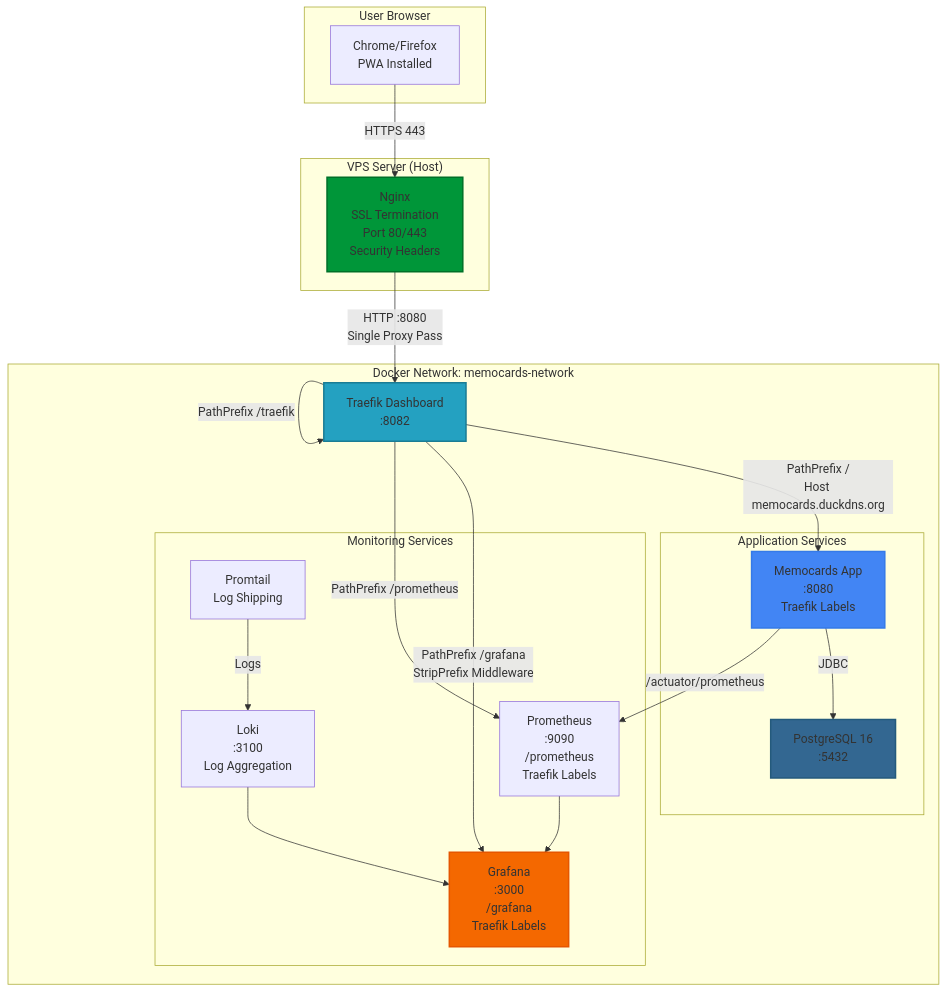
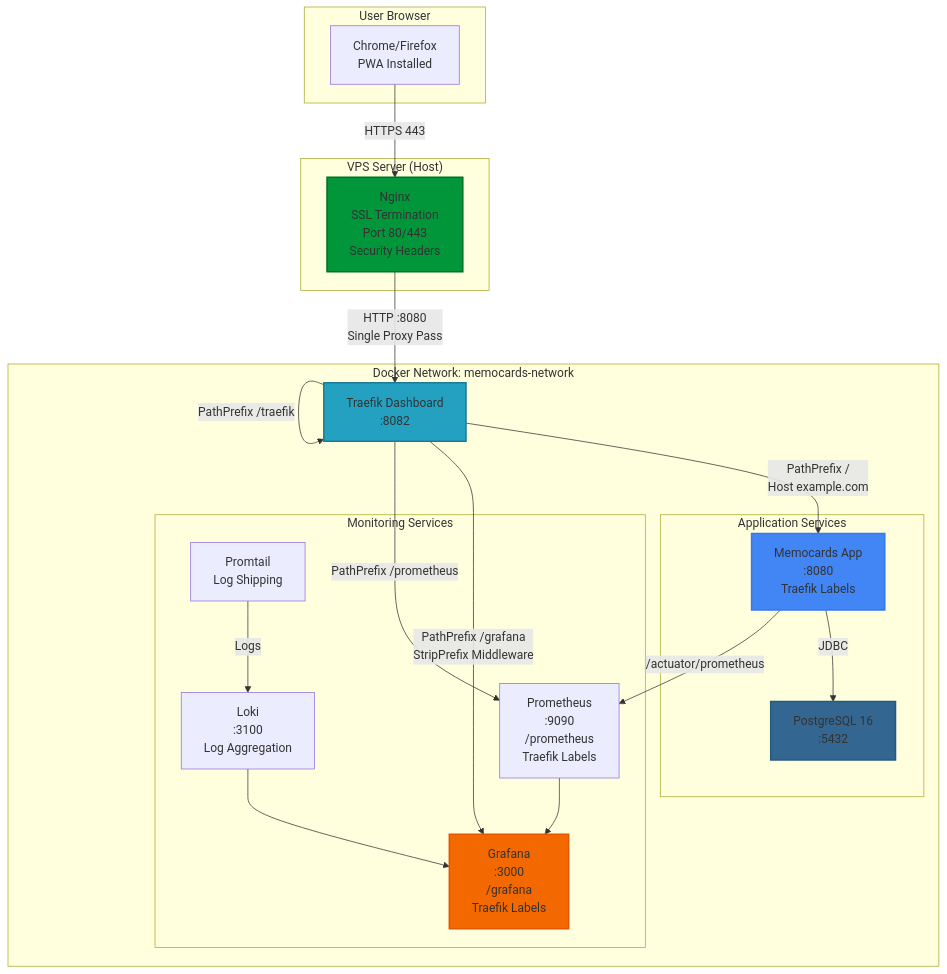
One commit to apolenkov/memocards changed the seventh of 7 diagrams in docs/architecture/architecture.md. Above: the diagram before and after it, drawn with Mermaid. The commit also changed other lines of this file and 17 other files, not shown here.

````diff
--- a/docs/architecture/architecture.md
+++ b/docs/architecture/architecture.md
@@ -353,46 +353,46 @@
 ```mermaid
 graph TB
     subgraph "User Browser"
         Browser[Chrome/Firefox<br/>PWA Installed]
     end
     
     subgraph "VPS Server (Host)"
         Nginx[Nginx<br/>SSL Termination<br/>Port 80/443<br/>Security Headers]
     end
     
     subgraph "Docker Network: memocards-network"
         Traefik[Traefik v3.0<br/>Internal Router<br/>Port 8080<br/>Docker Labels Auto-Discovery]
         
         subgraph "Application Services"
             App[Memocards App<br/>:8080<br/>Traefik Labels]
             Postgres[PostgreSQL 16<br/>:5432]
         end
         
         subgraph "Monitoring Services"
             Grafana[Grafana<br/>:3000<br/>/grafana<br/>Traefik Labels]
             Prometheus[Prometheus<br/>:9090<br/>/prometheus<br/>Traefik Labels]
             Loki[Loki<br/>:3100<br/>Log Aggregation]
             Promtail[Promtail<br/>Log Shipping]
         end
     end
     
     Browser -->|HTTPS 443| Nginx
     Nginx -->|HTTP :8080<br/>Single Proxy Pass| Traefik
     
-    Traefik -->|PathPrefix /<br/>Host memocards.duckdns.org| App
+    Traefik -->|PathPrefix /<br/>Host example.com| App
     Traefik -->|PathPrefix /grafana<br/>StripPrefix Middleware| Grafana
     Traefik -->|PathPrefix /prometheus| Prometheus
     Traefik -->|PathPrefix /traefik| Traefik[Traefik Dashboard<br/>:8082]
     
     App -->|JDBC| Postgres
     App -->|/actuator/prometheus| Prometheus
     Promtail -->|Logs| Loki
     Prometheus --> Grafana
     Loki --> Grafana
     
     style Nginx fill:#009639,stroke:#007028,stroke-width:2px
     style Traefik fill:#24a1c1,stroke:#1a7c94,stroke-width:2px
     style App fill:#4285f4,stroke:#357ae8,stroke-width:2px
     style Postgres fill:#336791,stroke:#245a7c,stroke-width:2px
     style Grafana fill:#f46800,stroke:#e55600,stroke-width:2px
 ```
````
